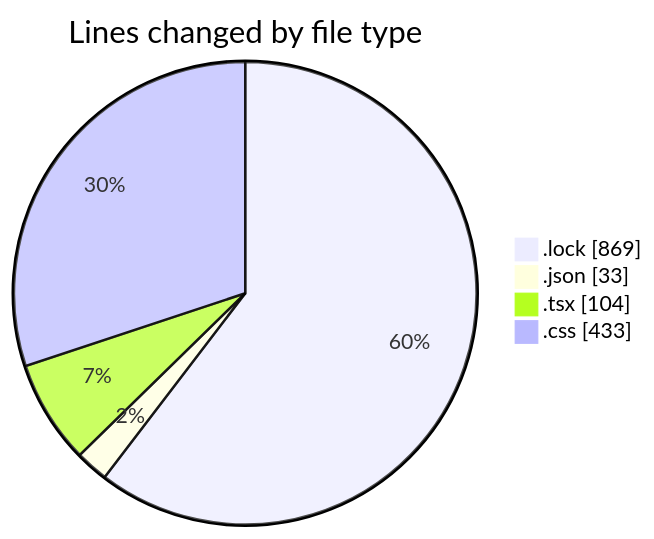
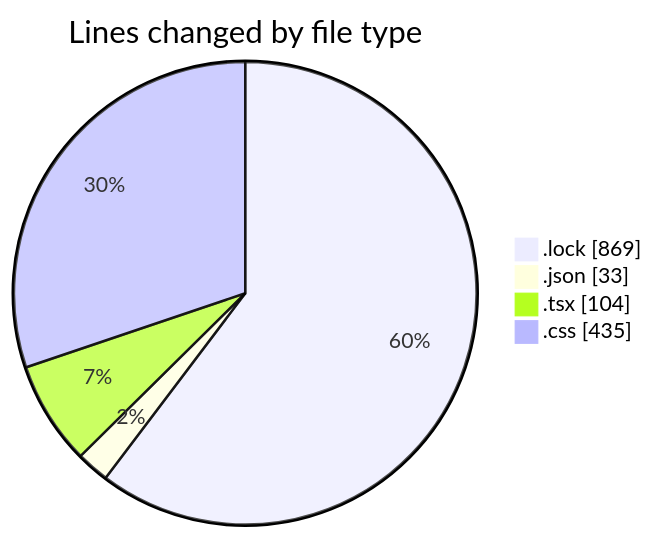
The first of 2 diagrams in 2025-07-27/vtuber/README.md (EIIisD/code-tracking), drawn with Mermaid before and after one commit. The commit also changed other lines of this file and 1 other file, not shown here.

````diff
--- a/2025-07-27/vtuber/README.md
+++ b/2025-07-27/vtuber/README.md
@@ -24,8 +24,8 @@
 ```mermaid
 pie showData
 title Lines changed by file type
 ".lock" : 869
 ".json" : 33
 ".tsx" : 104
-".css" : 433
+".css" : 435
 ```
````
